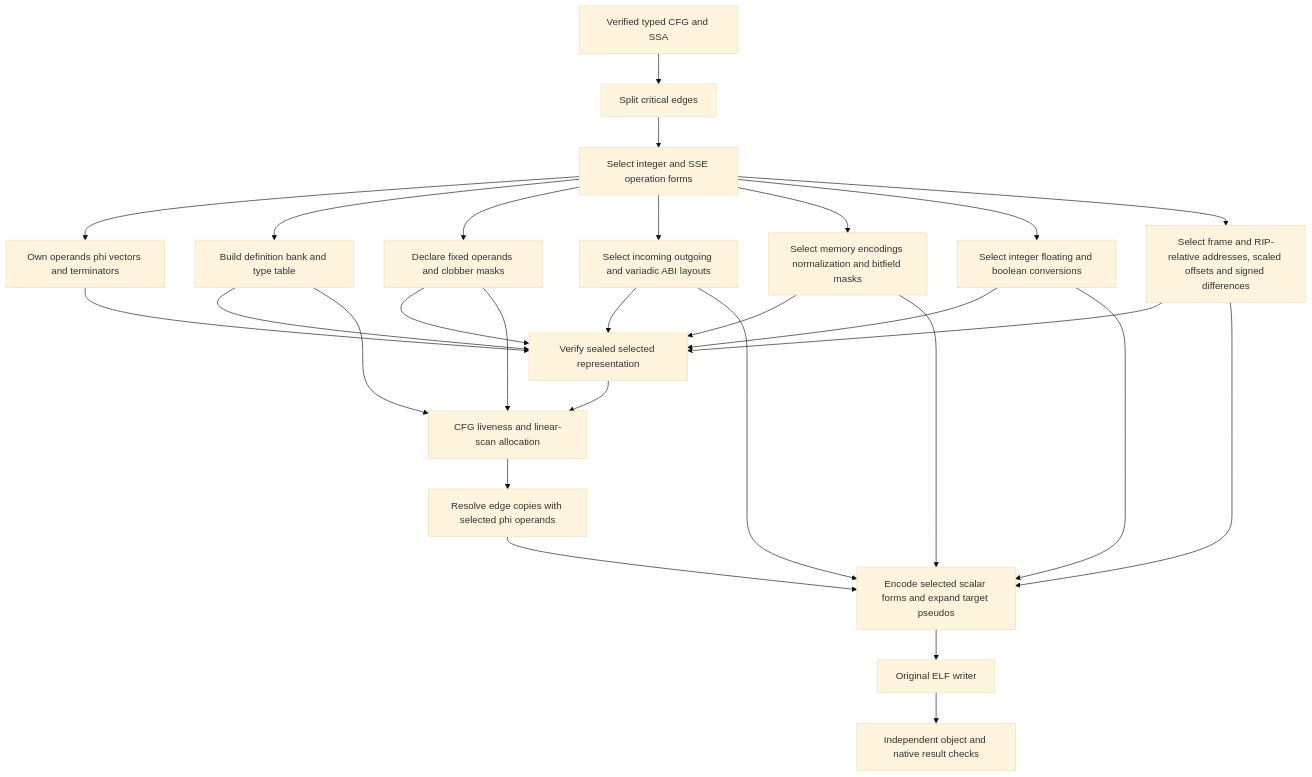
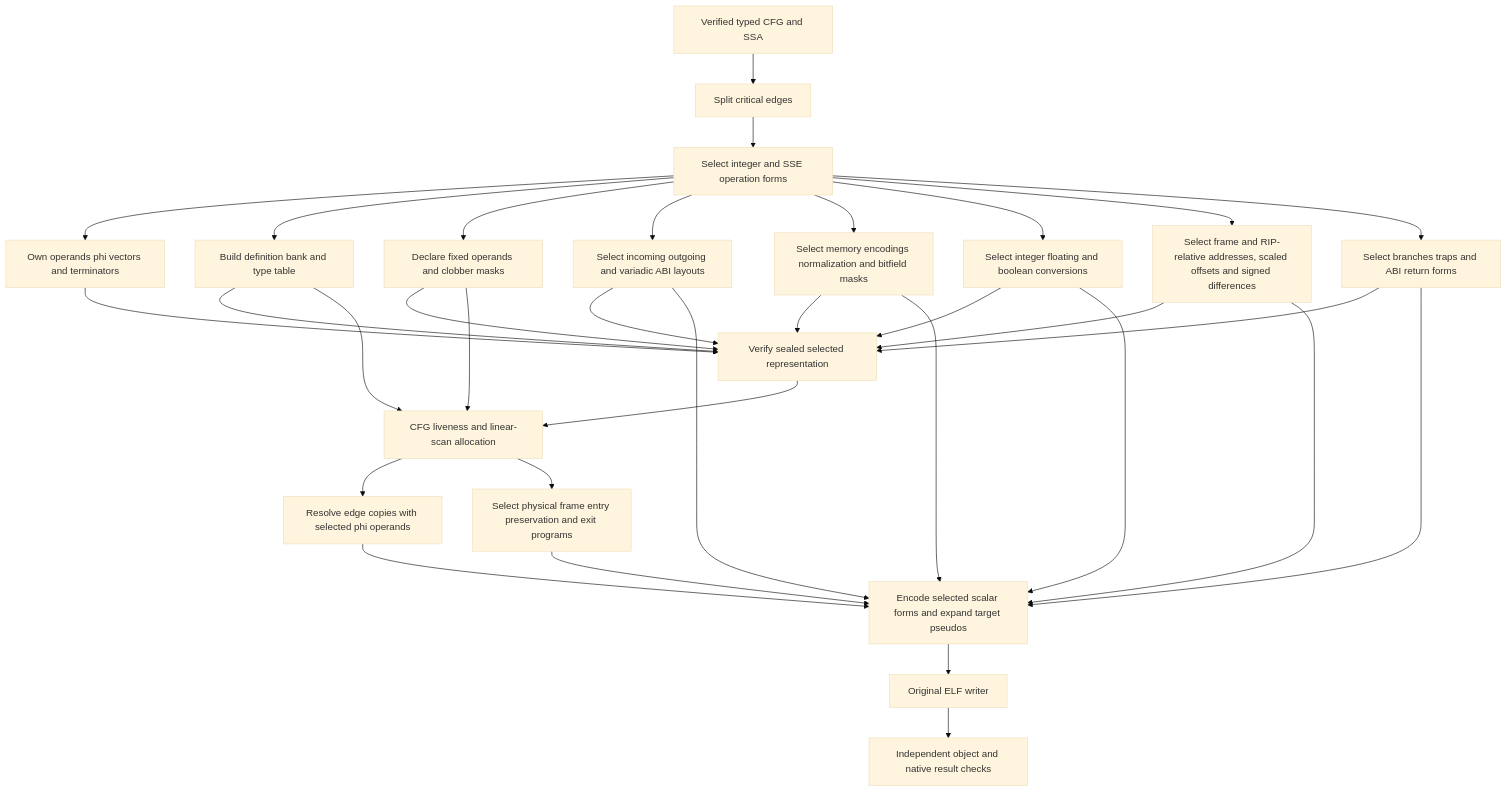
One commit to Aneesh495/cinder changed the diagram in docs/diagrams/machine-selection.mmd. Above: the diagram before and after it, drawn with Mermaid (base theme). The commit also changed 19 other files, not shown here.

Commit message:
Select control flow and physical frame programs before encoding

```diff
--- a/docs/diagrams/machine-selection.mmd
+++ b/docs/diagrams/machine-selection.mmd
@@ -1,28 +1,33 @@
 flowchart TD
   IR[Verified typed CFG and SSA] --> EDGE[Split critical edges]
   EDGE --> SELECT[Select integer and SSE operation forms]
   SELECT --> OWN[Own operands phi vectors and terminators]
   SELECT --> BANK[Build definition bank and type table]
   SELECT --> CONTRACT[Declare fixed operands and clobber masks]
   SELECT --> ABI[Select incoming outgoing and variadic ABI layouts]
   SELECT --> STORAGE[Select memory encodings normalization and bitfield masks]
   SELECT --> CONVERT[Select integer floating and boolean conversions]
   SELECT --> ADDRESS[Select frame and RIP-relative addresses, scaled offsets and signed differences]
+  SELECT --> CONTROL[Select branches traps and ABI return forms]
   OWN --> VERIFY[Verify sealed selected representation]
   BANK --> VERIFY
   CONTRACT --> VERIFY
   ABI --> VERIFY
   STORAGE --> VERIFY
   CONVERT --> VERIFY
   ADDRESS --> VERIFY
+  CONTROL --> VERIFY
   VERIFY --> LIVE[CFG liveness and linear-scan allocation]
   BANK --> LIVE
   CONTRACT --> LIVE
   LIVE --> COPY[Resolve edge copies with selected phi operands]
+  LIVE --> FRAME[Select physical frame entry preservation and exit programs]
   COPY --> ENCODE[Encode selected scalar forms and expand target pseudos]
   ABI --> ENCODE
   STORAGE --> ENCODE
   CONVERT --> ENCODE
   ADDRESS --> ENCODE
+  CONTROL --> ENCODE
+  FRAME --> ENCODE
   ENCODE --> ELF[Original ELF writer]
   ELF --> CHECK[Independent object and native result checks]
```
